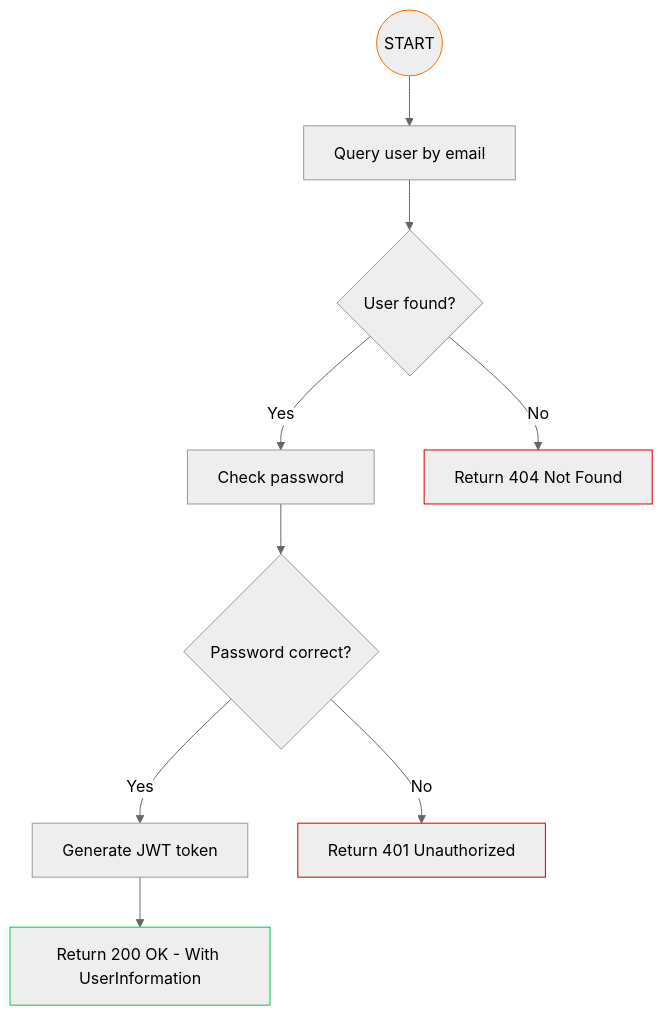
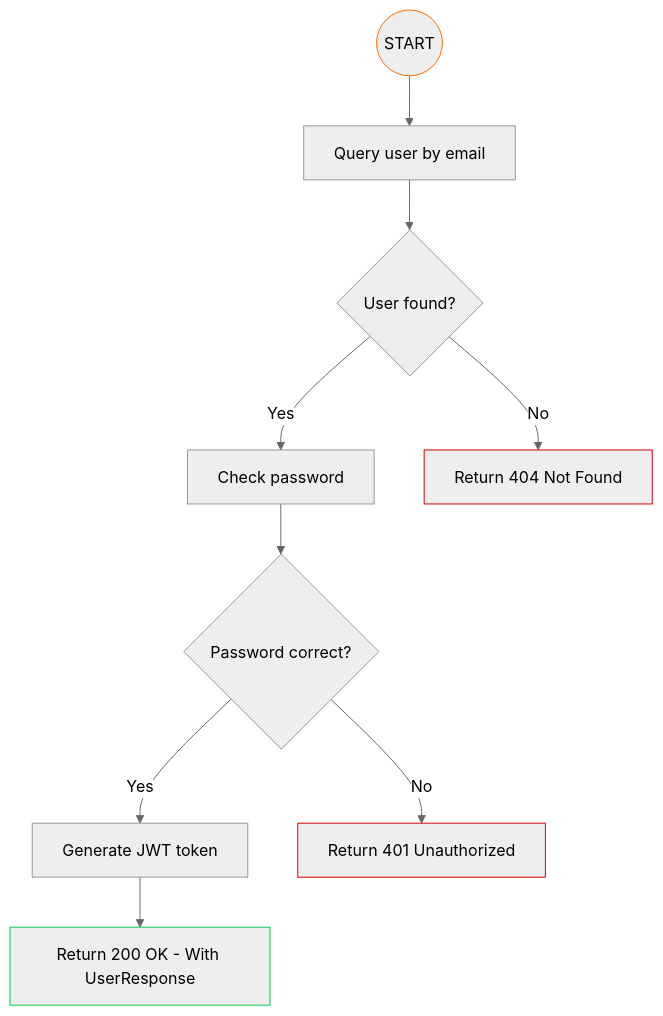
One commit to Peralta-CashFlow/CashFlow-API-Auth changed the second of 4 diagrams in README.md. Above: the diagram before and after it, drawn with Mermaid (neutral theme). The commit also changed other lines of this file, not shown here.

Commit message:
docs: personal information

````diff
--- a/README.md
+++ b/README.md
@@ -57,16 +68,16 @@
 ```mermaid
 flowchart
     A((START)) --> B
     B[Query user by email] --> C
     C{User found?} -- Yes --> D
     C -- No --> E[Return 404 Not Found]
     D[Check password] --> F
     F{Password correct?} -- Yes --> G
     F -- No --> H[Return 401 Unauthorized]
-    G[Generate JWT token] --> J[Return 200 OK - With UserInformation]
+    G[Generate JWT token] --> J[Return 200 OK - With UserResponse]
 
     style A stroke:#FF6D00
     style E stroke:#D50000
     style H stroke:#D50000
     style J stroke:#00C853
 ```
````
